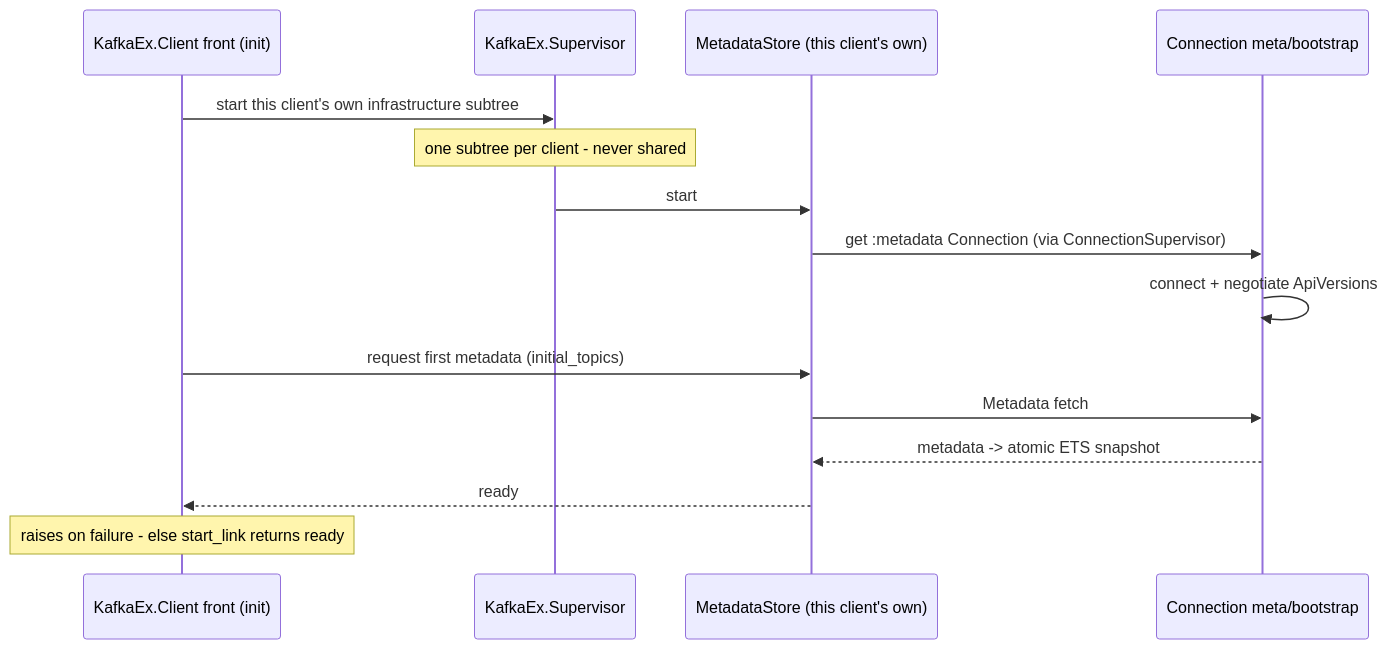
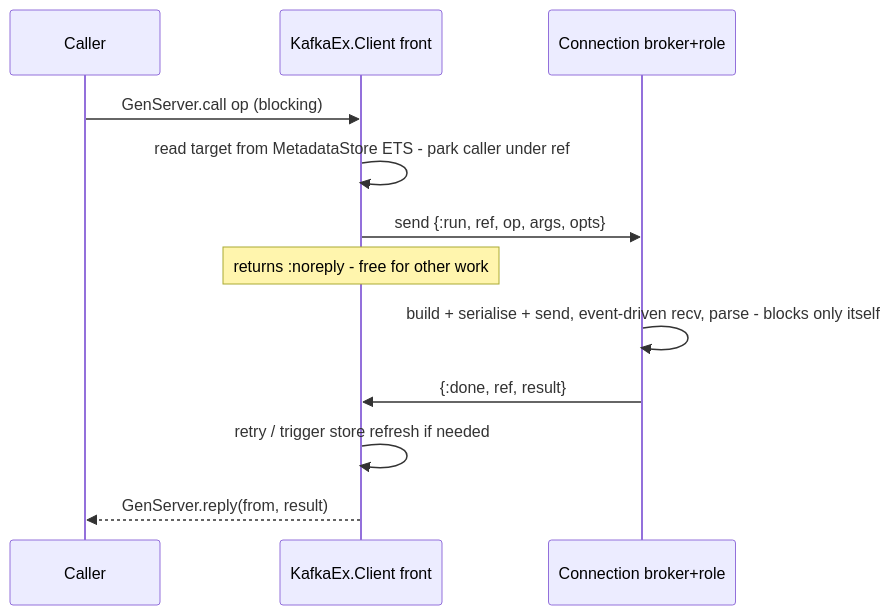
The sixth of 10 diagrams in docs/rfcs/0001-client-process-architecture.md (kafkaex/kafka_ex), drawn with Mermaid before and after one commit. The commit also changed other lines of this file, not shown here.

````diff
--- a/docs/rfcs/0001-client-process-architecture.md
+++ b/docs/rfcs/0001-client-process-architecture.md
@@ -628,17 +527,14 @@
 ```mermaid
 sequenceDiagram
-    participant Front as KafkaEx.Client front (init)
-    participant Sup as KafkaEx.Supervisor
-    participant Store as MetadataStore (this client's own)
-    participant Meta as Connection meta/bootstrap
-    Front->>Sup: start this client's own infrastructure subtree
-    Note over Sup: one subtree per client - never shared
-    Sup->>Store: start
-    Store->>Meta: get :metadata Connection (via ConnectionSupervisor)
-    Meta->>Meta: connect + negotiate ApiVersions
-    Front->>Store: request first metadata (initial_topics)
-    Store->>Meta: Metadata fetch
-    Meta-->>Store: metadata -> atomic ETS snapshot
-    Store-->>Front: ready
-    Note over Front: raises on failure - else start_link returns ready
+    participant Caller
+    participant Front as KafkaEx.Client front
+    participant Conn as Connection broker+role
+    Caller->>Front: GenServer.call op (blocking)
+    Front->>Front: read target from MetadataStore ETS - park caller under ref
+    Front->>Conn: send {:run, ref, op, args, opts}
+    Note over Front: returns :noreply - free for other work
+    Conn->>Conn: build + serialise + send, event-driven recv, parse - blocks only itself
+    Conn->>Front: {:done, ref, result}
+    Front->>Front: retry / trigger store refresh if needed
+    Front-->>Caller: GenServer.reply(from, result)
 ```
````
